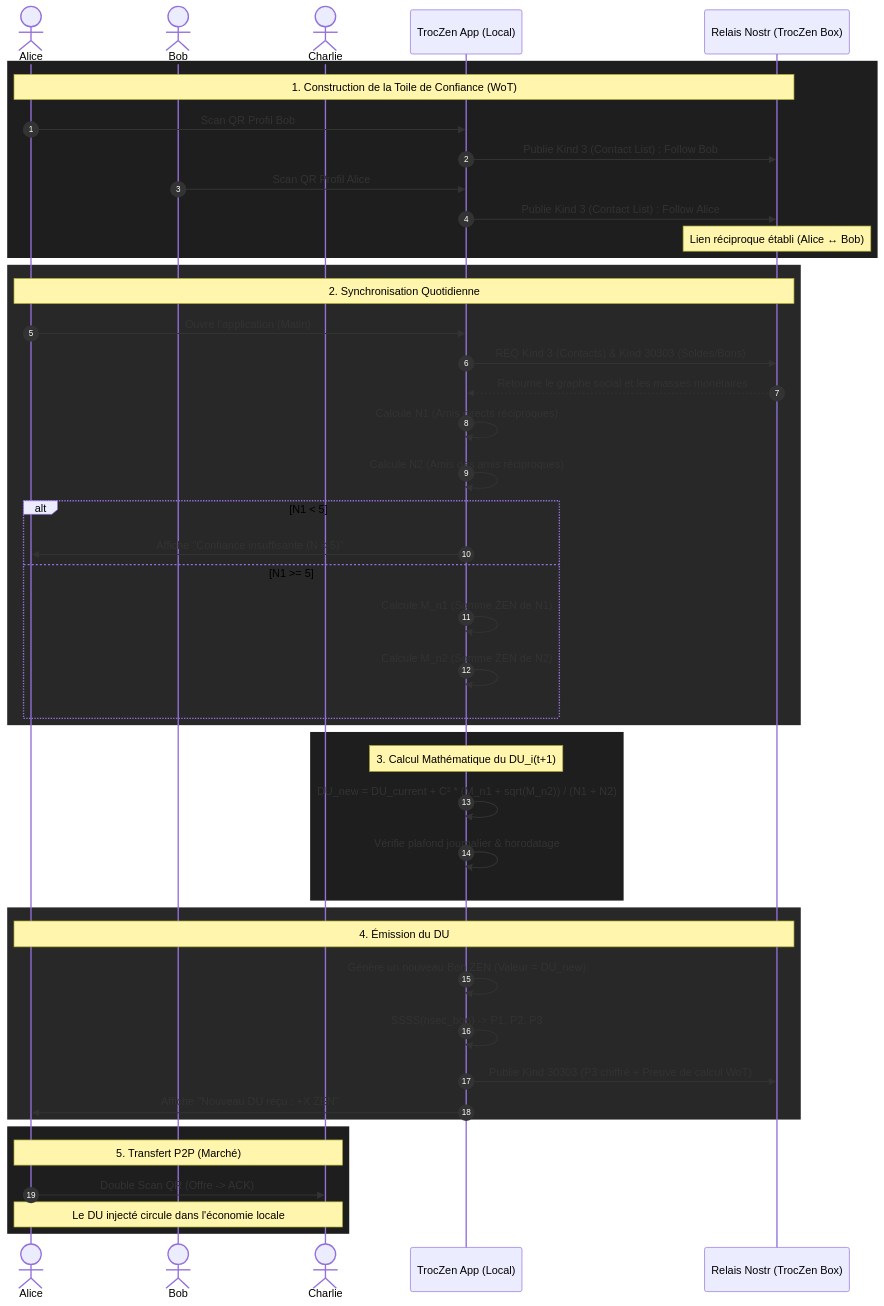
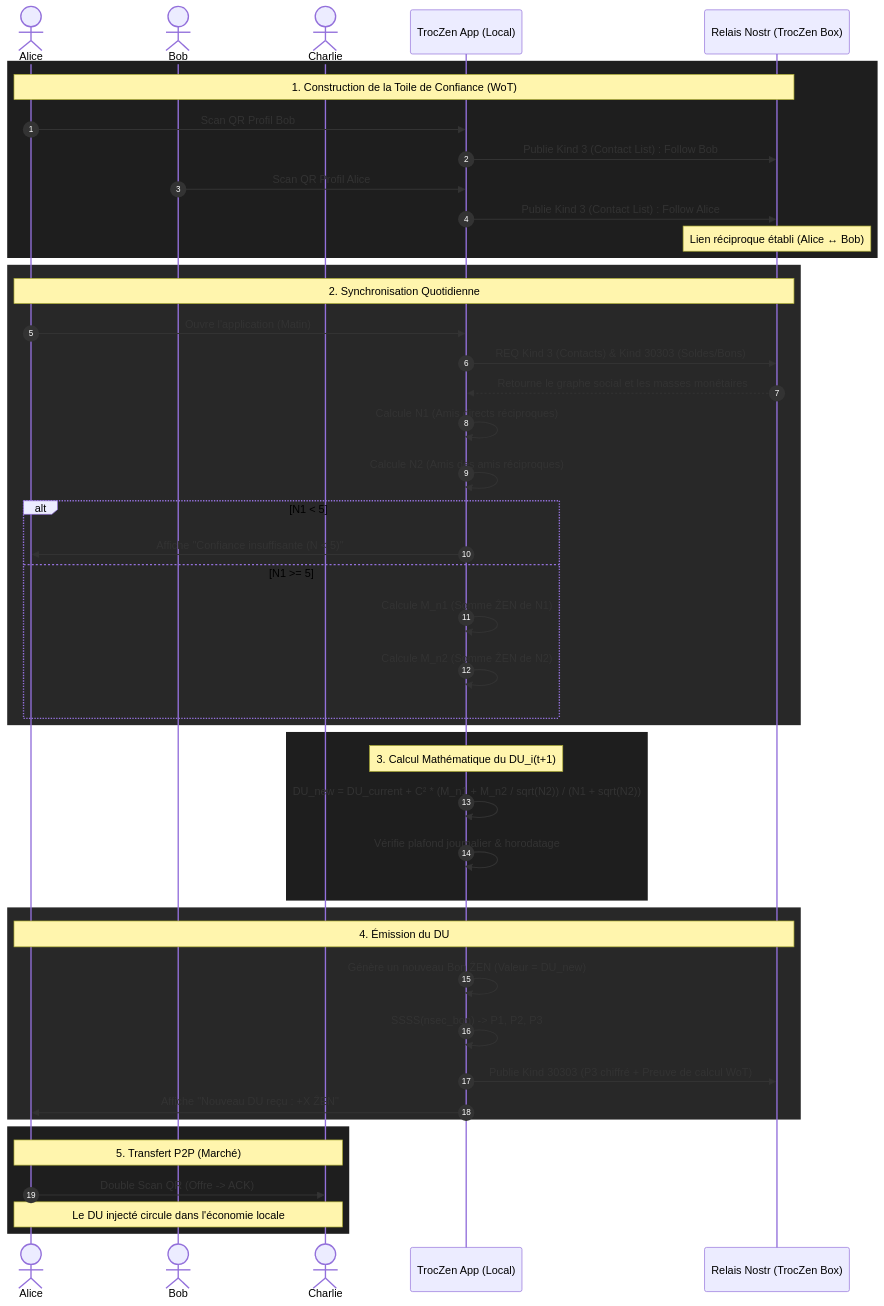
The diagram in docs/DU_NOSTR_P2P_FLOW.md (papiche/troczen), drawn with Mermaid before and after one commit. The commit also changed other lines of this file and 10 other files, not shown here.

````diff
--- a/docs/DU_NOSTR_P2P_FLOW.md
+++ b/docs/DU_NOSTR_P2P_FLOW.md
@@ -7,61 +7,61 @@
 ```mermaid
 sequenceDiagram
     autonumber
     
     actor Alice
     actor Bob
     actor Charlie
     participant App as TrocZen App (Local)
     participant Nostr as Relais Nostr (TrocZen Box)
     
     %% ÉTAPE 1 : CONSTRUCTION DU GRAPHE SOCIAL
     rect rgb(30, 30, 30)
     Note over Alice, Nostr: 1. Construction de la Toile de Confiance (WoT)
     Alice->>App: Scan QR Profil Bob
     App->>Nostr: Publie Kind 3 (Contact List) : Follow Bob
     Bob->>App: Scan QR Profil Alice
     App->>Nostr: Publie Kind 3 (Contact List) : Follow Alice
     Note over Nostr: Lien réciproque établi (Alice ↔ Bob)
     end
     
     %% ÉTAPE 2 : SYNCHRONISATION ET CALCUL DU RÉSEAU
     rect rgb(40, 40, 40)
     Note over Alice, Nostr: 2. Synchronisation Quotidienne
     Alice->>App: Ouvre l'application (Matin)
     App->>Nostr: REQ Kind 3 (Contacts) & Kind 30303 (Soldes/Bons)
     Nostr-->>App: Retourne le graphe social et les masses monétaires
     
     App->>App: Calcule N1 (Amis directs réciproques)
     App->>App: Calcule N2 (Amis des amis réciproques)
     
     alt N1 < 5
         App->>Alice: Affiche "Confiance insuffisante (N < 5)"
     else N1 >= 5
         App->>App: Calcule M_n1 (Somme ẐEN de N1)
         App->>App: Calcule M_n2 (Somme ẐEN de N2)
     end
     end
     
     %% ÉTAPE 3 : CALCUL DU DU
     rect rgb(30, 30, 30)
     Note over App: 3. Calcul Mathématique du DU_i(t+1)
-    App->>App: DU_new = DU_current + C² * (M_n1 + sqrt(M_n2)) / (N1 + N2)
+    App->>App: DU_new = DU_current + C² * (M_n1 + M_n2 / sqrt(N2)) / (N1 + sqrt(N2))
     App->>App: Vérifie plafond journalier & horodatage
     end
     
     %% ÉTAPE 4 : ÉMISSION ET PREUVE
     rect rgb(40, 40, 40)
     Note over Alice, Nostr: 4. Émission du DU
     App->>App: Génère un nouveau Bon ẐEN (Valeur = DU_new)
     App->>App: SSSS(nsec_bon) -> P1, P2, P3
     App->>Nostr: Publie Kind 30303 (P3 chiffré + Preuve de calcul WoT)
     App->>Alice: Affiche "Nouveau DU reçu : +X ẐEN"
     end
     
     %% ÉTAPE 5 : UTILISATION
     rect rgb(30, 30, 30)
     Note over Alice, Charlie: 5. Transfert P2P (Marché)
     Alice->>Charlie: Double Scan QR (Offre -> ACK)
     Note over Alice, Charlie: Le DU injecté circule dans l'économie locale
     end
 ```
````
